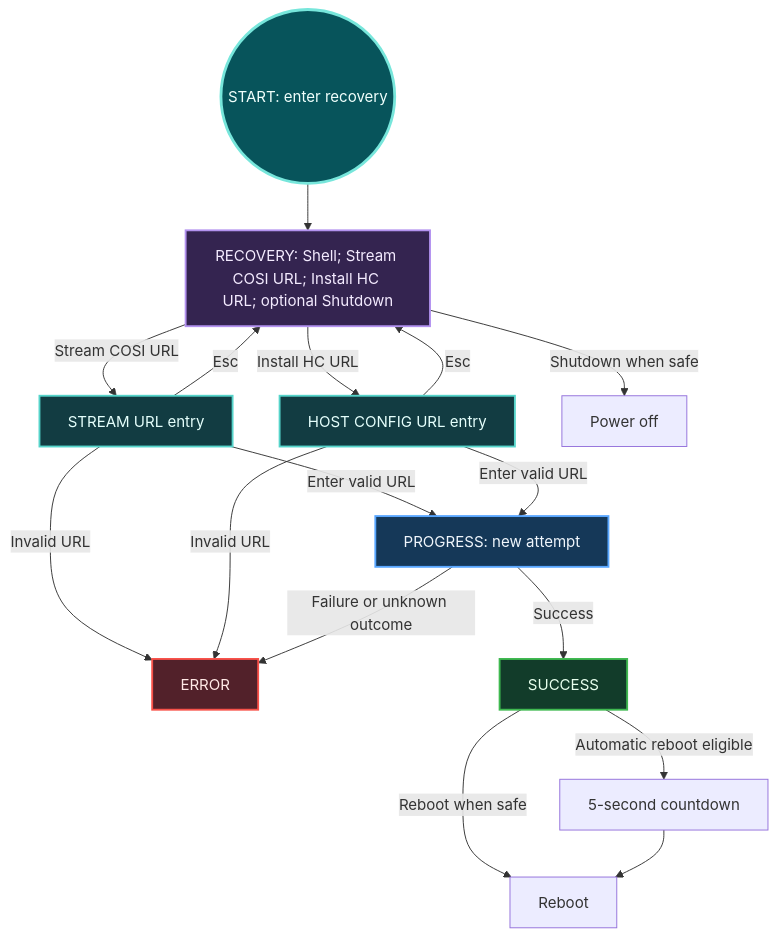
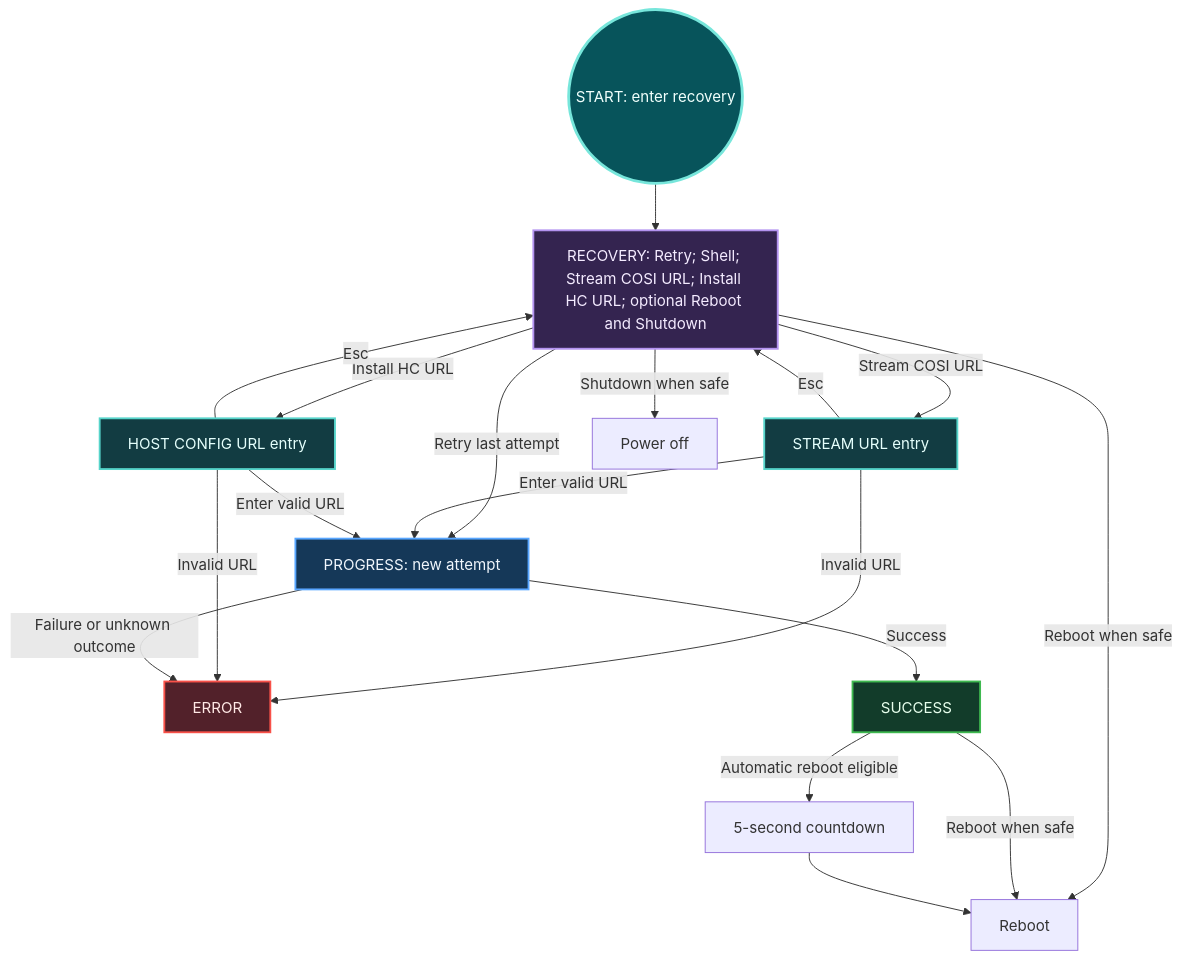
Before and after one commit to microsoft/trident: the third of 3 diagrams in docs/Reference/Installer.md, drawn with Mermaid. The commit also changed other lines of this file and 8 other files, not shown here.

````diff
--- a/docs/Reference/Installer.md
+++ b/docs/Reference/Installer.md
@@ -109,30 +107,32 @@
 ```mermaid
 flowchart TD
-  START(("START: enter recovery")) --> R["RECOVERY: Shell; Stream COSI URL; Install HC URL; optional Shutdown"]
+  START(("START: enter recovery")) --> R["RECOVERY: Retry; Shell; Stream COSI URL; Install HC URL; optional Reboot and Shutdown"]
+  R -->|Retry last attempt| P["PROGRESS: new attempt"]
   R -->|Stream COSI URL| U1["STREAM URL entry"]
   R -->|Install HC URL| U2["HOST CONFIG URL entry"]
   U1 -->|Esc| R
   U2 -->|Esc| R
   U1 -->|Invalid URL| E["ERROR"]
   U2 -->|Invalid URL| E
-  U1 -->|Enter valid URL| P["PROGRESS: new attempt"]
+  U1 -->|Enter valid URL| P
   U2 -->|Enter valid URL| P
   P -->|Success| S["SUCCESS"]
   P -->|Failure or unknown outcome| E
   R -->|Shutdown when safe| OFF["Power off"]
-  S -->|Reboot when safe| REBOOT["Reboot"]
+  R -->|Reboot when safe| REBOOT["Reboot"]
+  S -->|Reboot when safe| REBOOT
   S -->|Automatic reboot eligible| TIMER["5-second countdown"]
   TIMER --> REBOOT
   classDef startPoint fill:#07545b,stroke:#77e6db,color:#f0fffc,stroke-width:3px
   classDef progress fill:#153858,stroke:#58a6ff,color:#f0f6fc,stroke-width:2px
   classDef success fill:#123c2a,stroke:#3fb950,color:#e7ffed,stroke-width:2px
   classDef error fill:#52212a,stroke:#f85149,color:#ffe8e5,stroke-width:2px
   classDef recovery fill:#342450,stroke:#b392f0,color:#f4ebff,stroke-width:2px
   classDef urlEntry fill:#123c42,stroke:#56d4ca,color:#e5fffc,stroke-width:2px
   class START startPoint
   class R recovery
   class U1,U2 urlEntry
   class P progress
   class E error
   class S success
 ```
````
